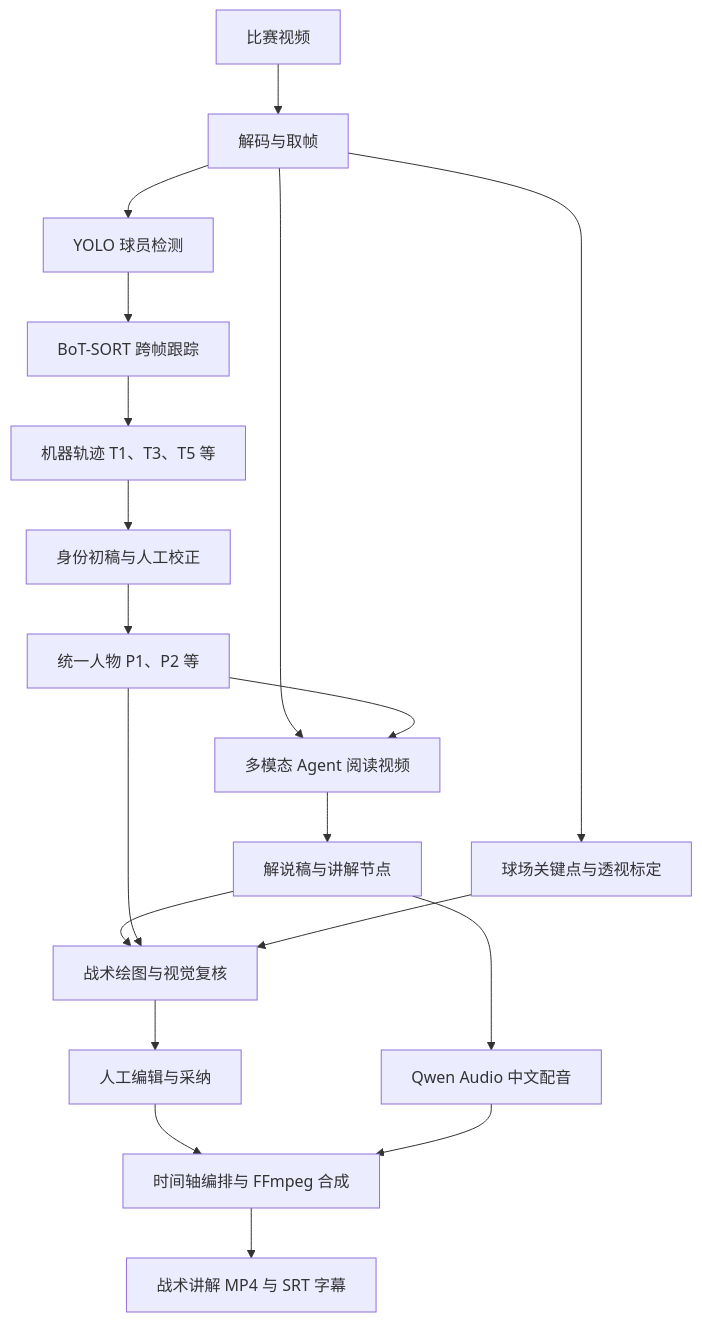
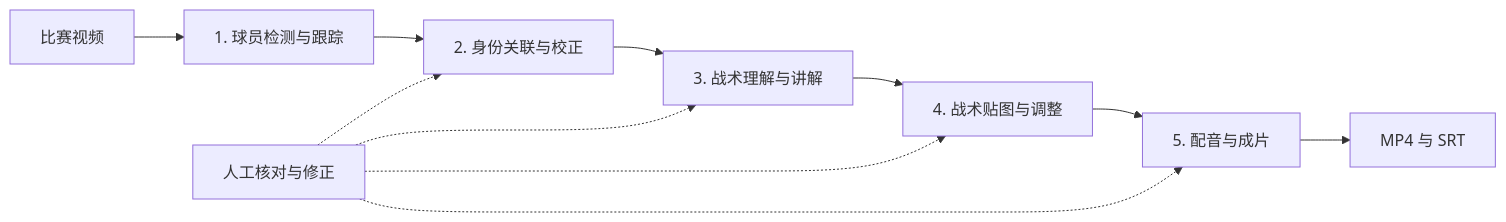
One commit to Linzeyu912/courtstory changed the first of 3 diagrams in README.md. Above: the diagram before and after it, drawn with Mermaid. The commit also changed other lines of this file and 2 other files, not shown here.

Commit message:
docs: organize AWS architecture and human-assisted production workflow

````diff
--- a/README.md
+++ b/README.md
@@ -24,21 +62,13 @@
 ```mermaid
-flowchart TD
-    A[比赛视频] --> B[解码与取帧]
-    B --> C[YOLO 球员检测]
-    C --> D[BoT-SORT 跨帧跟踪]
-    D --> E[机器轨迹 T1、T3、T5 等]
-    E --> F[身份初稿与人工校正]
-    F --> G[统一人物 P1、P2 等]
-    B --> H[球场关键点与透视标定]
-    B --> I[多模态 Agent 阅读视频]
-    G --> I
-    I --> J[解说稿与讲解节点]
-    J --> K[战术绘图与视觉复核]
-    G --> K
-    H --> K
-    K --> L[人工编辑与采纳]
-    J --> M[Qwen Audio 中文配音]
-    L --> N[时间轴编排与 FFmpeg 合成]
-    M --> N
-    N --> O[战术讲解 MP4 与 SRT 字幕]
+flowchart LR
+    V[比赛视频] --> A[1. 球员检测与跟踪]
+    A --> B[2. 身份关联与校正]
+    B --> C[3. 战术理解与讲解]
+    C --> D[4. 战术贴图与调整]
+    D --> E[5. 配音与成片]
+    E --> O[MP4 与 SRT]
+    H[人工核对与修正] -.-> B
+    H -.-> C
+    H -.-> D
+    H -.-> E
 ```
````
